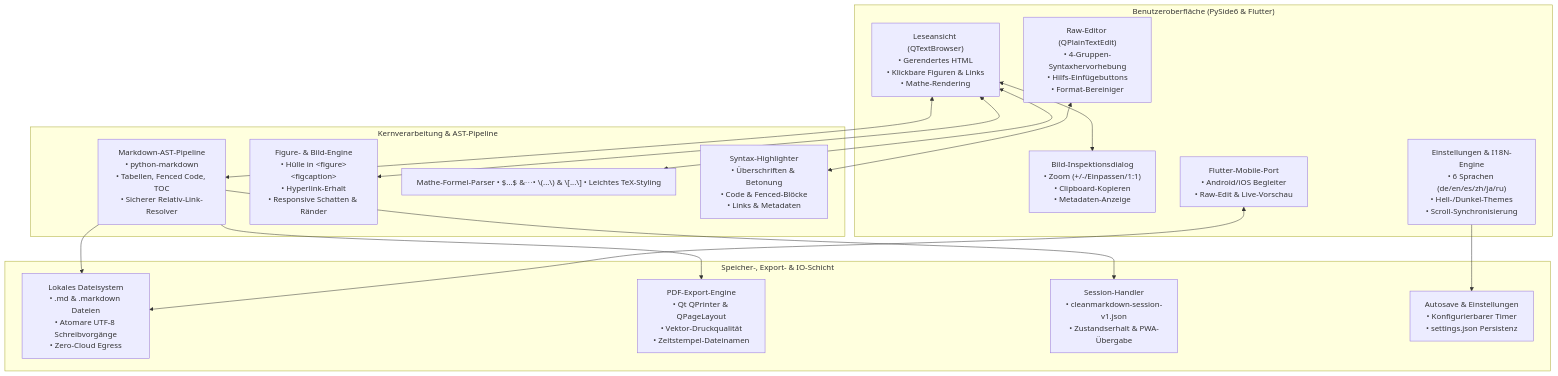
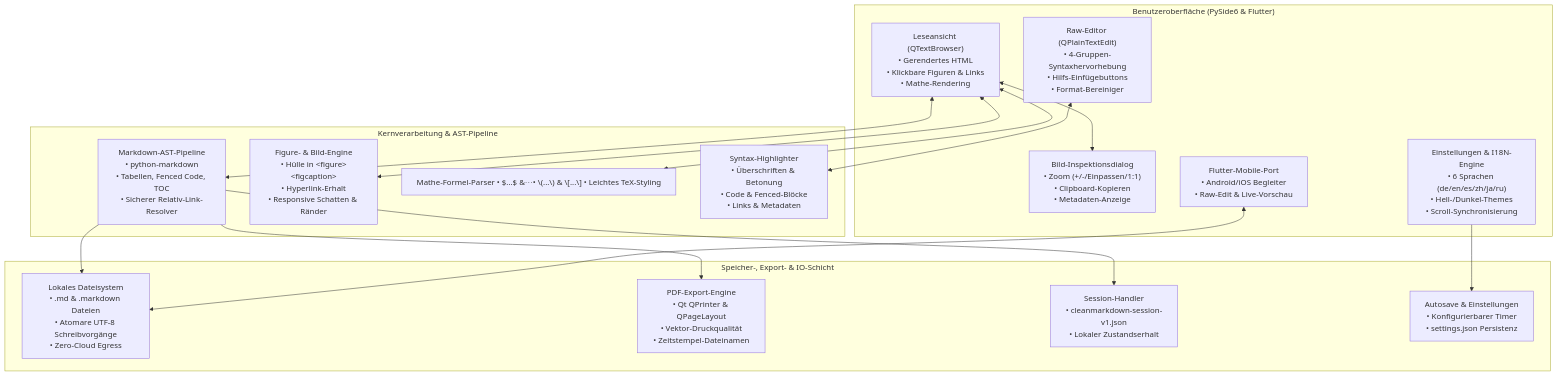
Before and after one commit to doc-bricks/CleanMarkdown: the first of 2 diagrams in README_DE.md, drawn with Mermaid. The commit also changed other lines of this file and 3 other files, not shown here.

````diff
--- a/README_DE.md
+++ b/README_DE.md
@@ -81,35 +81,35 @@
 ```mermaid
 flowchart TD
     subgraph UI ["Benutzeroberfläche (PySide6 & Flutter)"]
         A1["Leseansicht (QTextBrowser)<br/>• Gerendertes HTML<br/>• Klickbare Figuren & Links<br/>• Mathe-Rendering"]
         A2["Raw-Editor (QPlainTextEdit)<br/>• 4-Gruppen-Syntaxhervorhebung<br/>• Hilfs-Einfügebuttons<br/>• Format-Bereiniger"]
         A3["Bild-Inspektionsdialog<br/>• Zoom (+/-/Einpassen/1:1)<br/>• Clipboard-Kopieren<br/>• Metadaten-Anzeige"]
         A4["Einstellungen & I18N-Engine<br/>• 6 Sprachen (de/en/es/zh/ja/ru)<br/>• Hell-/Dunkel-Themes<br/>• Scroll-Synchronisierung"]
         A5["Flutter-Mobile-Port<br/>• Android/iOS Begleiter<br/>• Raw-Edit & Live-Vorschau"]
     end
 
     subgraph CORE ["Kernverarbeitung & AST-Pipeline"]
         B1["Markdown-AST-Pipeline<br/>• python-markdown<br/>• Tabellen, Fenced Code, TOC<br/>• Sicherer Relativ-Link-Resolver"]
         B2["Figure- & Bild-Engine<br/>• Hülle in &lt;figure&gt;&lt;figcaption&gt;<br/>• Hyperlink-Erhalt<br/>• Responsive Schatten & Ränder"]
         B3["Mathe-Formel-Parser<br/>• $...$ &amp; $$...$$<br/>• \\(...\\) &amp; \\[...\\]<br/>• Leichtes TeX-Styling"]
         B4["Syntax-Highlighter<br/>• Überschriften &amp; Betonung<br/>• Code &amp; Fenced-Blöcke<br/>• Links &amp; Metadaten"]
     end
 
     subgraph STORAGE ["Speicher-, Export- & IO-Schicht"]
         C1["Lokales Dateisystem<br/>• .md &amp; .markdown Dateien<br/>• Atomare UTF-8 Schreibvorgänge<br/>• Zero-Cloud Egress"]
         C2["PDF-Export-Engine<br/>• Qt QPrinter &amp; QPageLayout<br/>• Vektor-Druckqualität<br/>• Zeitstempel-Dateinamen"]
-        C3["Session-Handler<br/>• cleanmarkdown-session-v1.json<br/>• Zustandserhalt &amp; PWA-Übergabe"]
+        C3["Session-Handler<br/>• cleanmarkdown-session-v1.json<br/>• Lokaler Zustandserhalt"]
         C4["Autosave & Einstellungen<br/>• Konfigurierbarer Timer<br/>• settings.json Persistenz"]
     end
 
     A1 <--> B1
     A2 <--> B4
     A1 <--> A3
     A1 <--> B2
     A1 <--> B3
     B1 --> C1
     B1 --> C2
     B1 --> C3
     A4 --> C4
     A5 <--> C1
 ```
````
